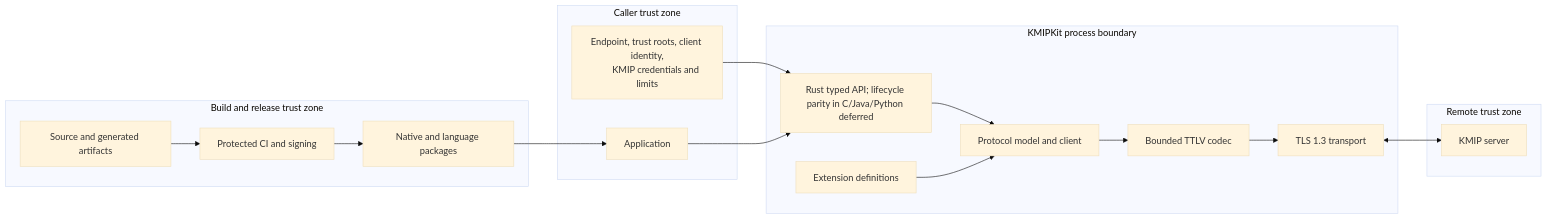
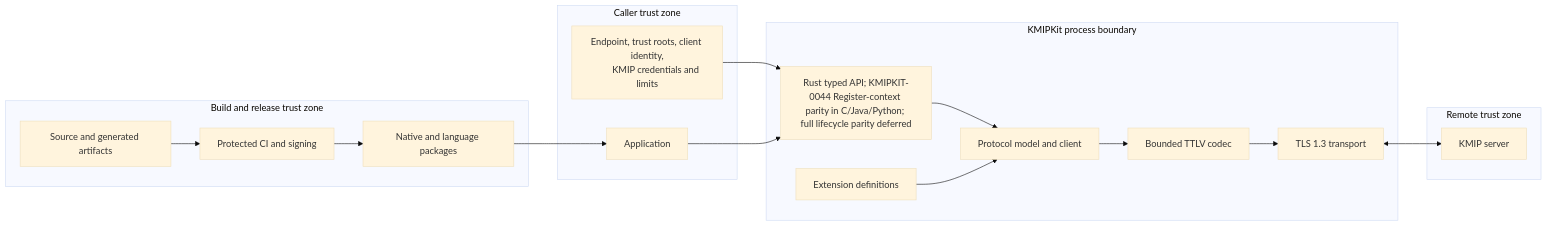
Before and after one commit to NeverWe1come/KMIPKit: the diagram in docs/security/threat-model.md, drawn with Mermaid (base theme). The commit also changed other lines of this file and 11 other files, not shown here.

Commit message:
docs(api): reconcile approved opaque context exports

````diff
--- a/docs/security/threat-model.md
+++ b/docs/security/threat-model.md
@@ -38,28 +40,28 @@
 ```mermaid
 flowchart LR
     subgraph Caller[Caller trust zone]
         App[Application]
         Config[Endpoint, trust roots, client identity,
         KMIP credentials and limits]
     end
     subgraph Native[KMIPKit process boundary]
-        Binding[Rust typed API; lifecycle parity in C/Java/Python deferred]
+        Binding[Rust typed API; KMIPKIT-0044 Register-context parity in C/Java/Python; full lifecycle parity deferred]
         Core[Protocol model and client]
         Parser[Bounded TTLV codec]
         TLS[TLS 1.3 transport]
         Ext[Extension definitions]
     end
     subgraph Remote[Remote trust zone]
         Server[KMIP server]
     end
     subgraph Supply[Build and release trust zone]
         Source[Source and generated artifacts]
         CI[Protected CI and signing]
         Package[Native and language packages]
     end
 
     Config --> Binding
     App --> Binding --> Core --> Parser --> TLS <--> Server
     Ext --> Core
     Source --> CI --> Package --> App
 ```
````
